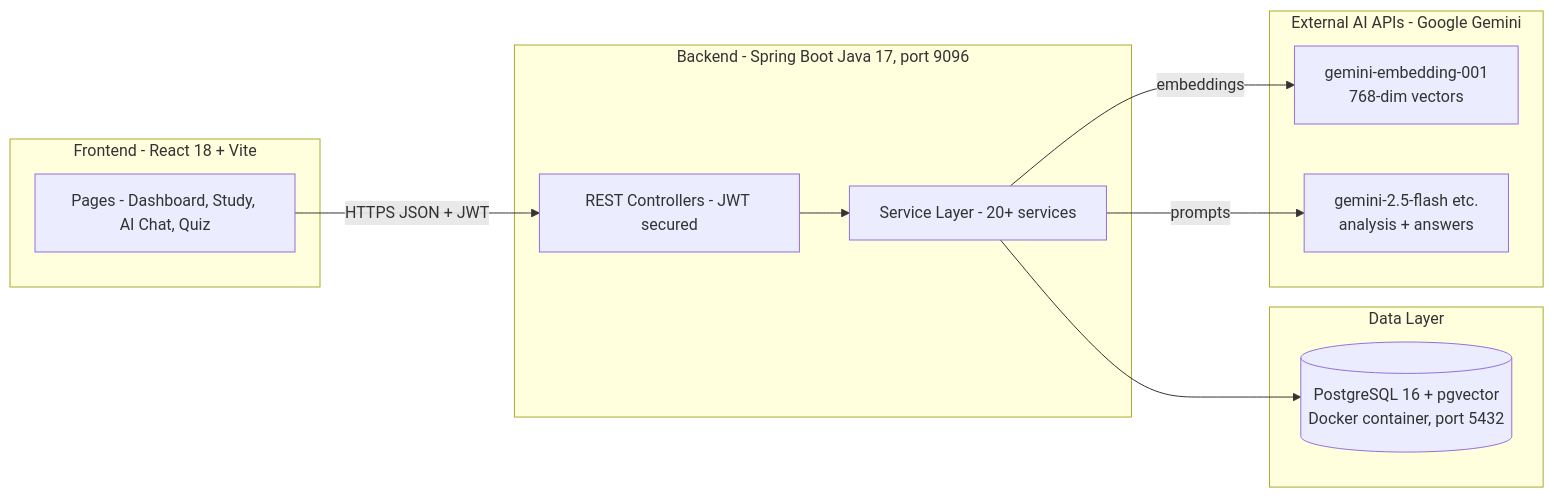
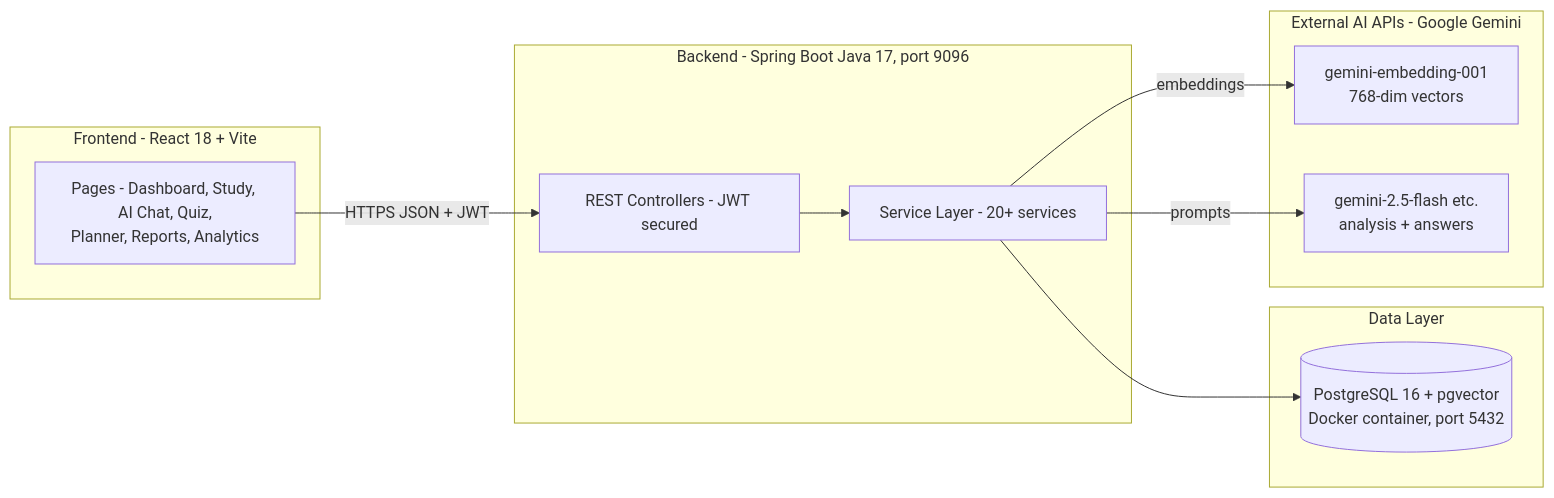
The first of 5 diagrams in docs/WORKFLOW.md (itsujwal11/aiStudyPlanner), drawn with Mermaid before and after one commit. The commit also changed other lines of this file and 33 other files, not shown here.

````diff
--- a/docs/WORKFLOW.md
+++ b/docs/WORKFLOW.md
@@ -14,25 +14,25 @@
 ```mermaid
 flowchart LR
     subgraph Client["Frontend - React 18 + Vite"]
-        UI[Pages - Dashboard, Study, AI Chat, Quiz]
+        UI[Pages - Dashboard, Study, AI Chat, Quiz,<br/>Planner, Reports, Analytics]
     end
 
     subgraph Backend["Backend - Spring Boot Java 17, port 9096"]
         API[REST Controllers - JWT secured]
         SVC[Service Layer - 20+ services]
     end
 
     subgraph Data["Data Layer"]
         PG[("PostgreSQL 16 + pgvector<br/>Docker container, port 5432")]
     end
 
     subgraph External["External AI APIs - Google Gemini"]
         EMB[gemini-embedding-001<br/>768-dim vectors]
         LLM[gemini-2.5-flash etc.<br/>analysis + answers]
     end
 
     UI -->|HTTPS JSON + JWT| API
     API --> SVC --> PG
     SVC -->|embeddings| EMB
     SVC -->|prompts| LLM
 ```
````
